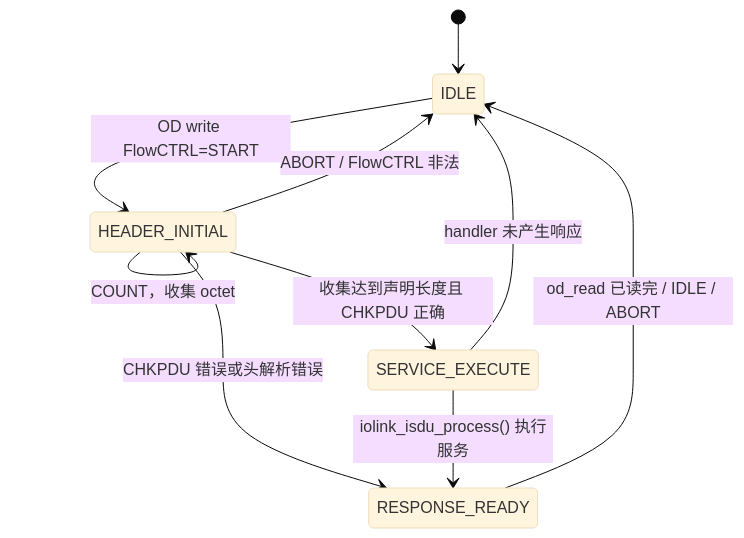
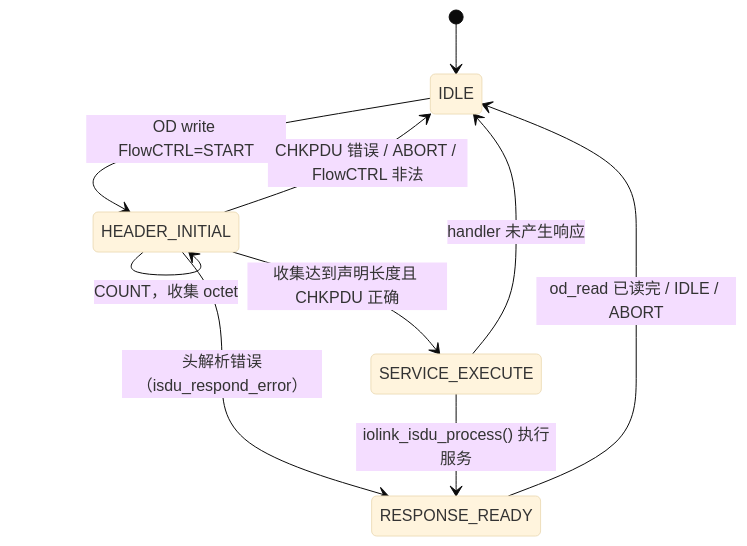
The ninth of 16 diagrams in docs/CODE_FLOW.md (Adlyq/iolinki), drawn with Mermaid (base theme) before and after one commit. The commit also changed other lines of this file and 7 other files, not shown here.

First line of the commit message:
docs: sync the API, architecture and flow docs with the post-CR code

````diff
--- a/docs/CODE_FLOW.md
+++ b/docs/CODE_FLOW.md
@@ -441,12 +501,12 @@
 ```mermaid
 stateDiagram-v2
     [*] --> IDLE
     IDLE --> HEADER_INITIAL: OD write FlowCTRL=START
     HEADER_INITIAL --> HEADER_INITIAL: COUNT，收集 octet
     HEADER_INITIAL --> SERVICE_EXECUTE: 收集达到声明长度且 CHKPDU 正确
-    HEADER_INITIAL --> RESPONSE_READY: CHKPDU 错误或头解析错误
-    HEADER_INITIAL --> IDLE: ABORT / FlowCTRL 非法
+    HEADER_INITIAL --> RESPONSE_READY: 头解析错误（isdu_respond_error）
+    HEADER_INITIAL --> IDLE: CHKPDU 错误 / ABORT / FlowCTRL 非法
     SERVICE_EXECUTE --> RESPONSE_READY: iolink_isdu_process() 执行服务
     SERVICE_EXECUTE --> IDLE: handler 未产生响应
     RESPONSE_READY --> IDLE: od_read 已读完 / IDLE / ABORT
 ```
````
